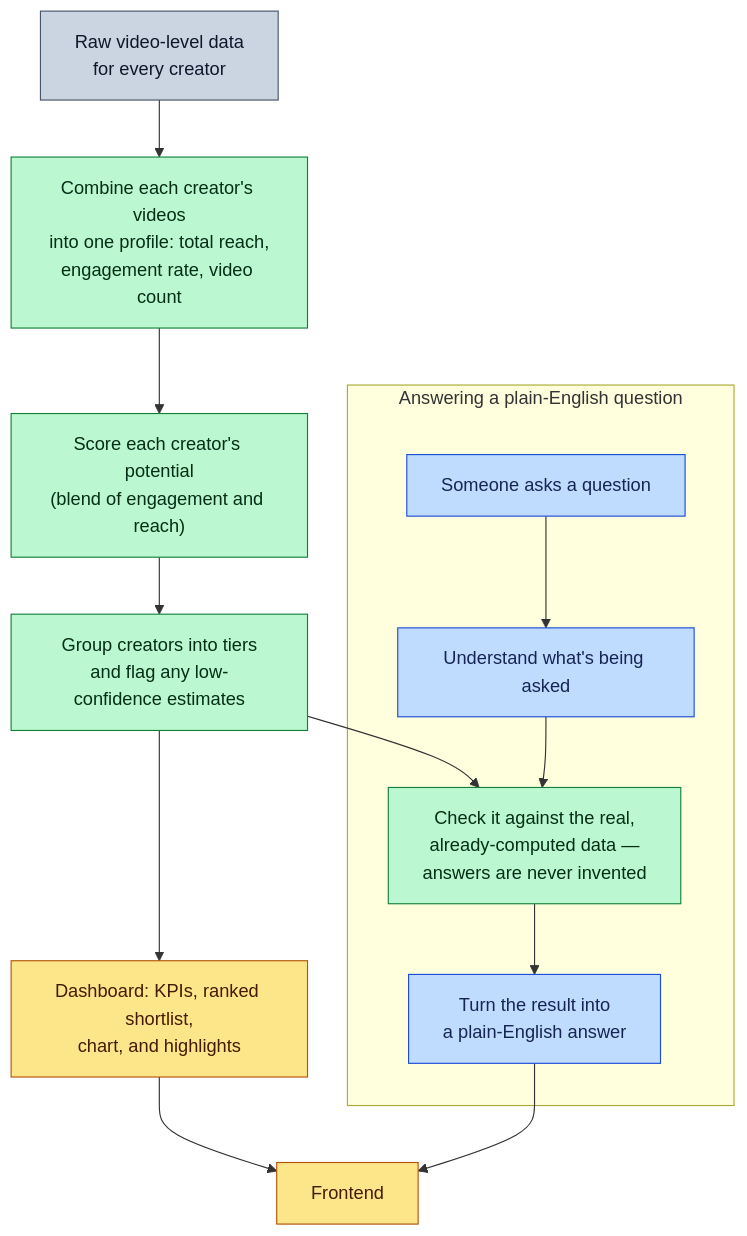
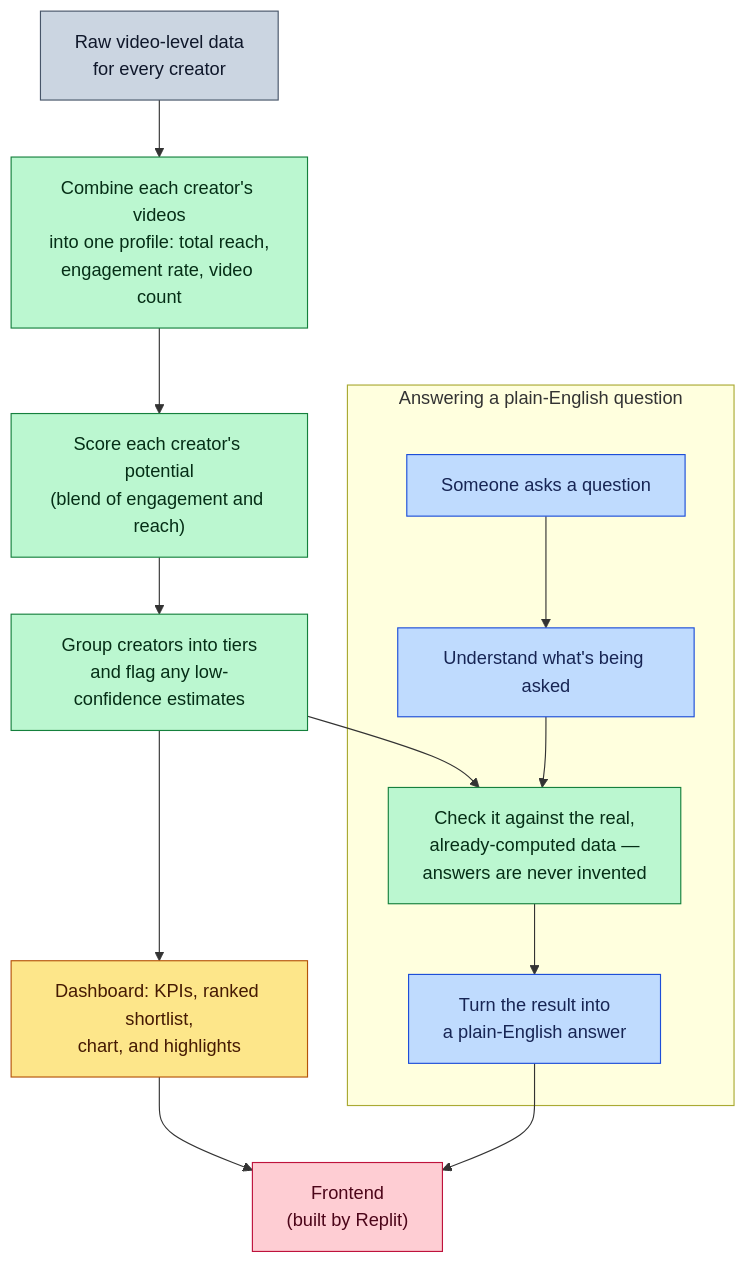
One commit to aneesav/cloutscout changed the diagram in README.md. Above: the diagram before and after it, drawn with Mermaid. The commit also changed other lines of this file, not shown here.

Commit message:
credit Replit as frontend architect in README prose and diagram

````diff
--- a/README.md
+++ b/README.md
@@ -29,23 +30,24 @@
 ```mermaid
 flowchart TD
     Raw["Raw video-level data<br/>for every creator"]:::data --> Agg["Combine each creator's videos<br/>into one profile: total reach,<br/>engagement rate, video count"]:::ds
     Agg --> Score["Score each creator's potential<br/>(blend of engagement and reach)"]:::ds
     Score --> Class["Group creators into tiers<br/>and flag any low-confidence estimates"]:::ds
 
     Class --> Dash["Dashboard: KPIs, ranked shortlist,<br/>chart, and highlights"]:::output
     Class --> Run
 
     subgraph QA["Answering a plain-English question"]
         Ask["Someone asks a question"]:::qa --> Understand["Understand what's being asked"]:::qa
         Understand --> Run["Check it against the real,<br/>already-computed data —<br/>answers are never invented"]:::ds
         Run --> Explain["Turn the result into<br/>a plain-English answer"]:::qa
     end
 
-    Dash --> FE["Frontend"]:::output
+    Dash --> FE["Frontend<br/>(built by Replit)"]:::fe
     Explain --> FE
 
     classDef data fill:#cbd5e1,stroke:#475569,color:#0f172a
     classDef ds fill:#bbf7d0,stroke:#15803d,color:#052e16
     classDef qa fill:#bfdbfe,stroke:#1d4ed8,color:#172554
     classDef output fill:#fde68a,stroke:#b45309,color:#451a03
+    classDef fe fill:#fecdd3,stroke:#be123c,color:#4c0519
 ```
````
